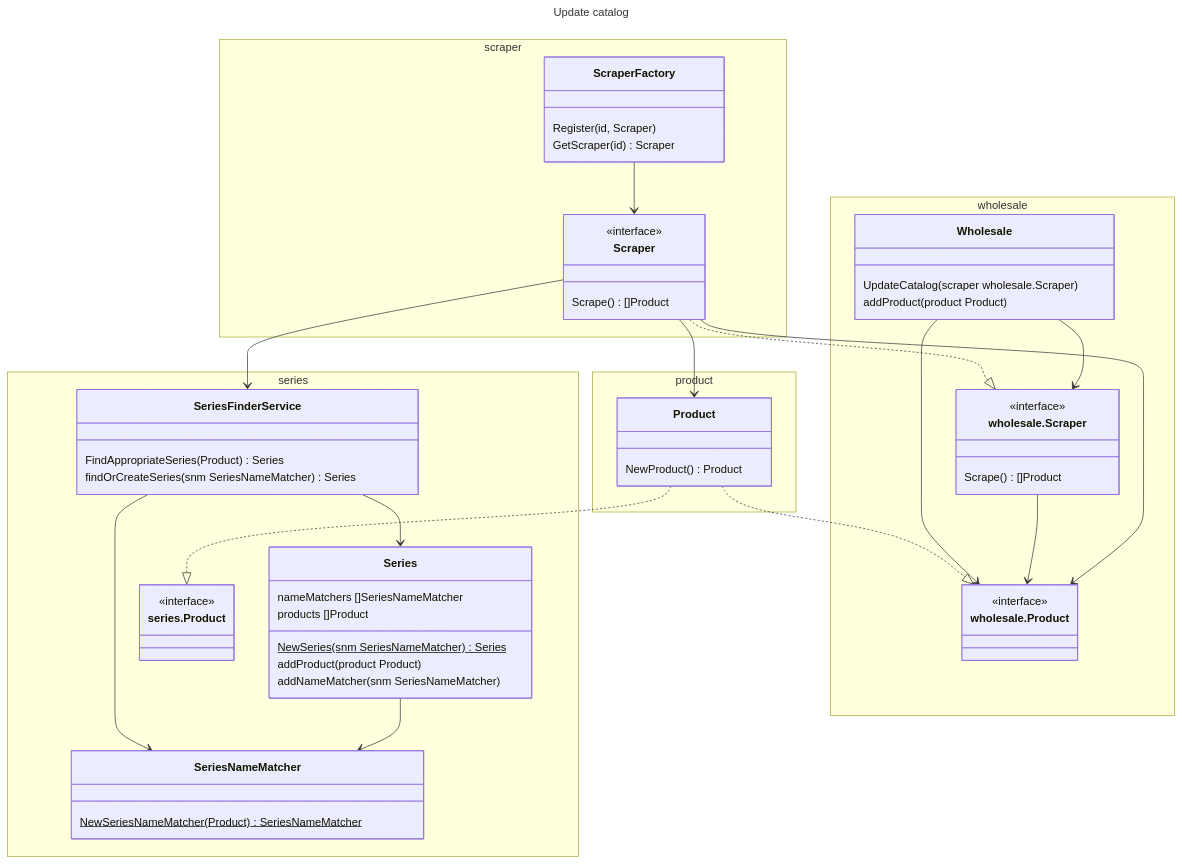
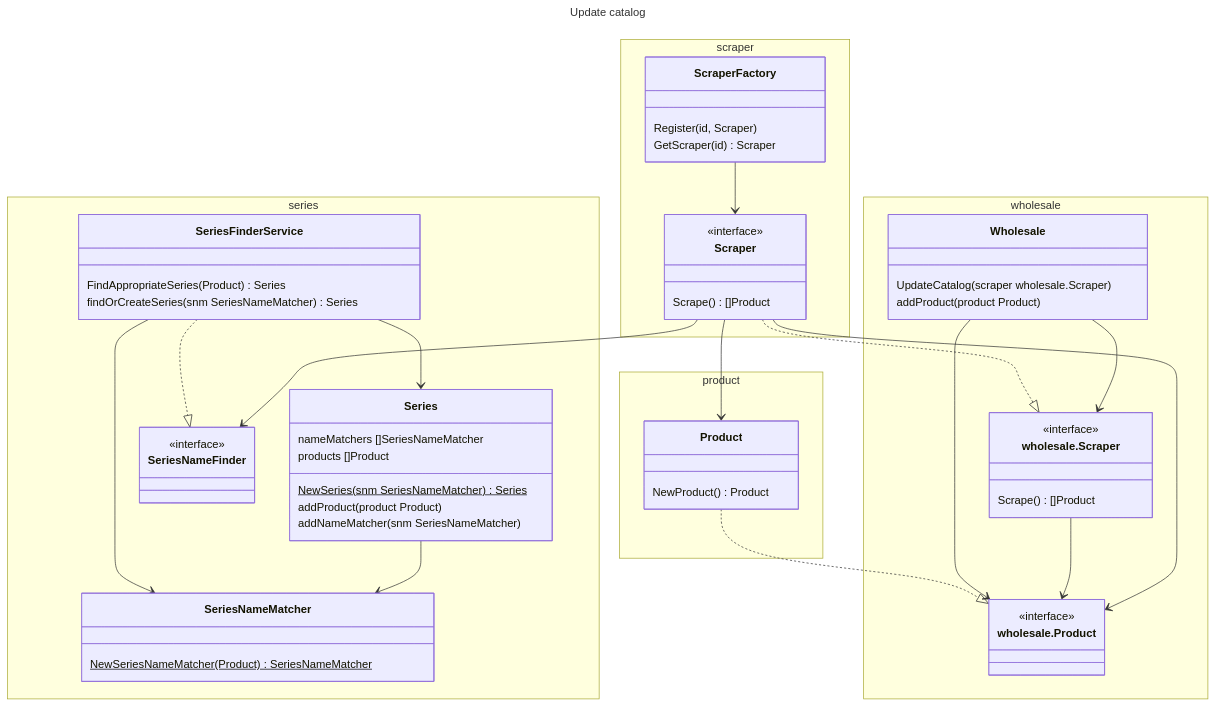
Before and after one commit to NatapasL/crawler: the diagram in dependency_graph/catalogupdate.md, drawn with Mermaid. The commit also changed 2 other files, not shown here.

Commit message:
Add interface series name finder

````diff
--- a/dependency_graph/catalogupdate.md
+++ b/dependency_graph/catalogupdate.md
@@ -1,78 +1,77 @@
 ```mermaid
 ---
 title: Update catalog
 ---
 classDiagram
   namespace scraper {
     class ScraperFactory {
       Register(id, Scraper)
       GetScraper(id) Scraper
     }
   
     class Scraper {
       <<interface>>
       Scrape() []Product
     }
   }
 
   namespace product {
     class Product {
       NewProduct() Product
     }
   }
 
   namespace series {
     class Series {
       nameMatchers []SeriesNameMatcher
       products []Product
 
       NewSeries(snm SeriesNameMatcher)$ Series
       addProduct(product Product)
       addNameMatcher(snm SeriesNameMatcher)
     }
     class SeriesFinderService {
       FindAppropriateSeries(Product) Series
       findOrCreateSeries(snm SeriesNameMatcher) Series
     }
 
     class SeriesNameMatcher {
       NewSeriesNameMatcher(Product)$ SeriesNameMatcher
     }
 
-    class `series.Product` {
+    class SeriesNameFinder {
       <<interface>>
     }
   }
 
   namespace wholesale {
     class Wholesale {
       UpdateCatalog(scraper wholesale.Scraper)
       addProduct(product Product)
     }
 
     class `wholesale.Scraper` {
       <<interface>>
       Scrape() []Product
     }
 
     class `wholesale.Product` {
       <<interface>>
     }
   }
 
   ScraperFactory --> Scraper
   Scraper --> `Product`
   Scraper --> `wholesale.Product`
   `wholesale.Scraper` --> `wholesale.Product`
   Wholesale --> `wholesale.Product`
   SeriesFinderService --> Series
   Series --> `SeriesNameMatcher`
   Wholesale --> `wholesale.Scraper`
   SeriesFinderService --> SeriesNameMatcher
-  Scraper --> SeriesFinderService
+  Scraper --> SeriesNameFinder
 
-
-  Product ..|> `series.Product`
   Scraper ..|> `wholesale.Scraper`
   Product ..|> `wholesale.Product`
+  SeriesFinderService ..|> SeriesNameFinder
 ```
````
